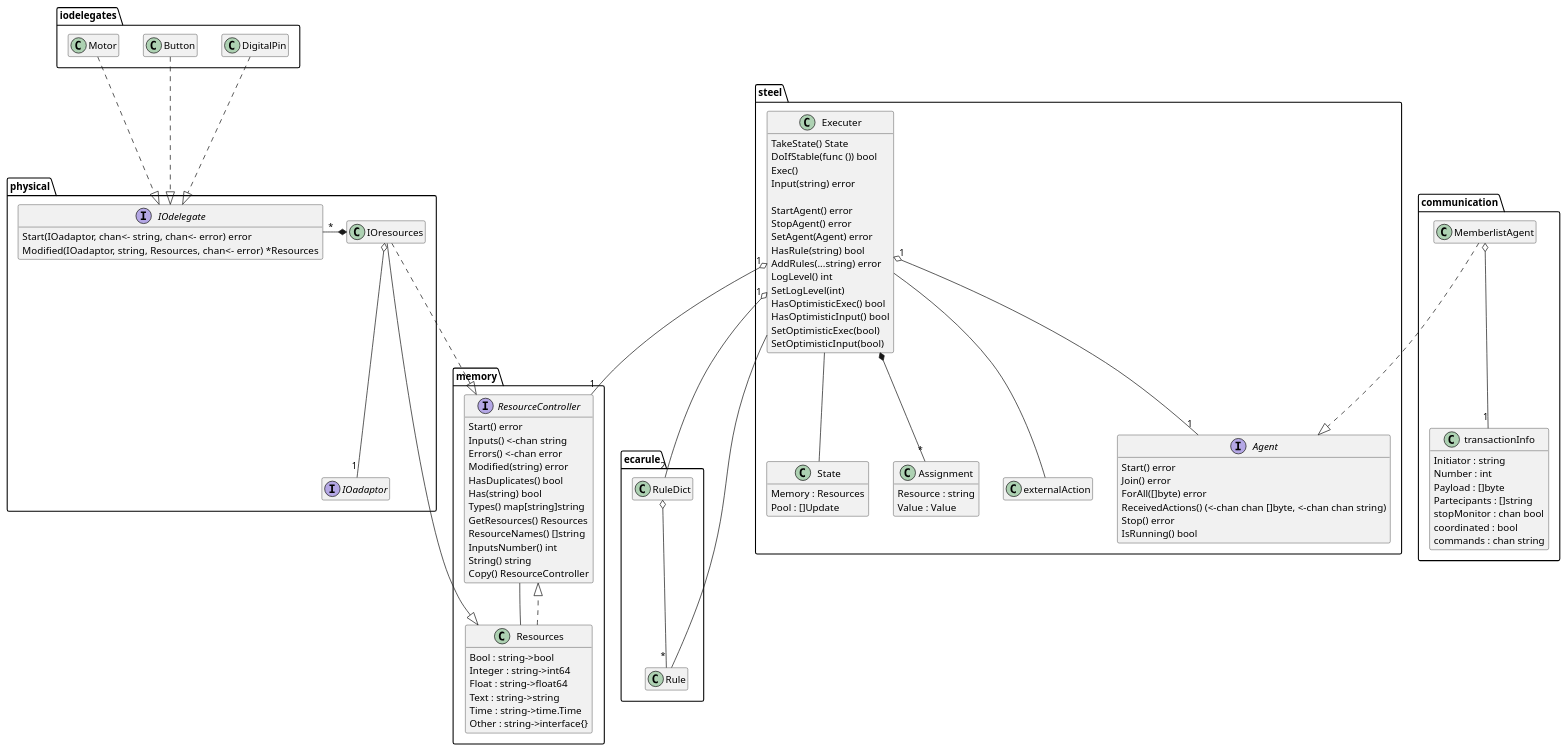
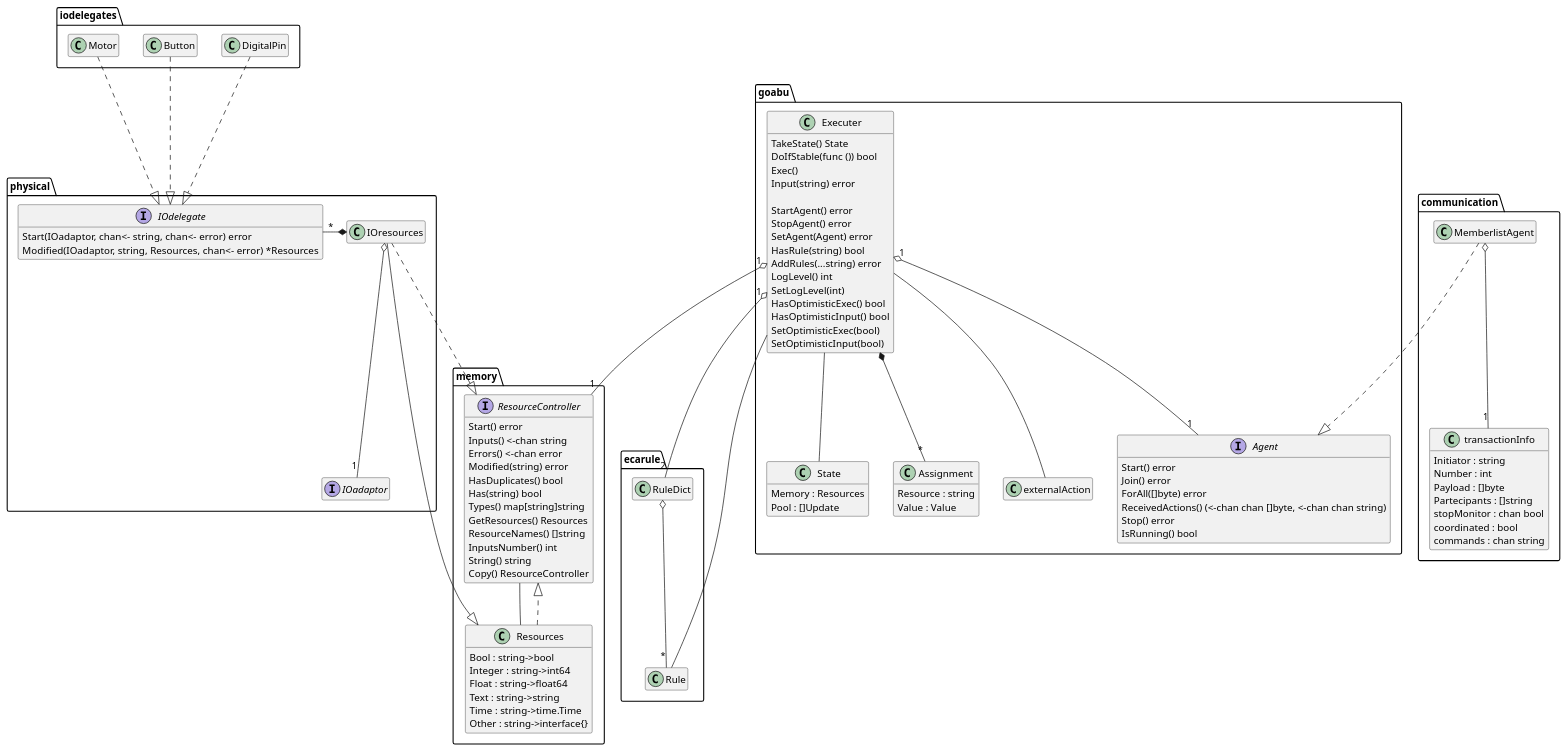
One commit to abu-lang/goabu changed the diagram in docs/class_diagram.puml. Above: the diagram before and after it, drawn with PlantUML. The commit also changed 51 other files, not shown here.

```diff
--- a/docs/class_diagram.puml
+++ b/docs/class_diagram.puml
@@ -1,133 +1,133 @@
 @startuml
 hide empty members
 
 package iodelegates {
     class DigitalPin
     class Button
     class Motor
 }
 
 package physical {
     class IOresources {
         adaptor : IOadaptor
     }
     hide IOresources attributes
     interface IOadaptor
     interface IOdelegate {
         Start(IOadaptor, chan<- string, chan<- error) error
         Modified(IOadaptor, string, Resources, chan<- error) *Resources
     }
     IOresources o-- "1" IOadaptor
     IOdelegate "*" -* IOresources
 }
 
 package ecarule {
     class Rule
     class RuleDict
 }
 
 package memory {
     interface ResourceController {
         Start() error
 	    Inputs() <-chan string
         Errors() <-chan error
 	    Modified(string) error
 	    HasDuplicates() bool
 	    Has(string) bool
 	    Types() map[string]string
 	    GetResources() Resources
 	    ResourceNames() []string
 	    InputsNumber() int
 	    String() string
 	    Copy() ResourceController
     }
     class Resources {
         Bool : string->bool
 	    Integer : string->int64
 	    Float : string->float64
 	    Text : string->string
 	    Time : string->time.Time
 	    Other : string->interface{}
     }
     RuleDict o-- "*" Rule
     Resources ..|> ResourceController
     ResourceController -- Resources
 }
 
-package steel {
+package goabu {
     class State {
         Memory : Resources
 	    Pool : []Update
     }
     class Executer {
         memory : ResourceController
         pool : []Update
         agent : Agent
         localLibrary : string->RuleDict
         globalLibrary : string->RuleDict
 
         TakeState() State
         DoIfStable(func ()) bool
         Exec()
         Input(string) error
 
         StartAgent() error
         StopAgent() error
         SetAgent(Agent) error
         HasRule(string) bool
         AddRules(...string) error
         LogLevel() int
         SetLogLevel(int)
         HasOptimisticExec() bool
         HasOptimisticInput() bool
         SetOptimisticExec(bool)
         SetOptimisticInput(bool)
     }
     hide Executer attributes
     interface Agent {
         Start() error
 	    Join() error
 	    ForAll([]byte) error
 	    ReceivedActions() (<-chan chan []byte, <-chan chan string)
 	    Stop() error
 	    IsRunning() bool
     }
     class Assignment {
         Resource : string
         Value : Value
     }
     class externalAction
 
     Executer "1" o-- "1" Agent
     Executer *-- "*" Assignment
     Executer -- externalAction
     Executer -- State
 }
 
 package communication {
     class MemberlistAgent
     class transactionInfo {
 	    Initiator : string
 	    Number : int
 	    Payload : []byte
 	    Partecipants : []string
 	    stopMonitor : chan bool
 	    coordinated : bool
 	    commands : chan string
     }
     MemberlistAgent o-- "1" transactionInfo
 }
 
 DigitalPin ..|> IOdelegate
 Button ..|> IOdelegate
 Motor ..|> IOdelegate
 
 IOresources ..|> ResourceController
 IOresources --|> Resources
 
 Executer "1" o-- "1" ResourceController
 Executer "1" o-- "2" RuleDict
 Executer -- Rule
 
 MemberlistAgent ..|> Agent
 @enduml
```
